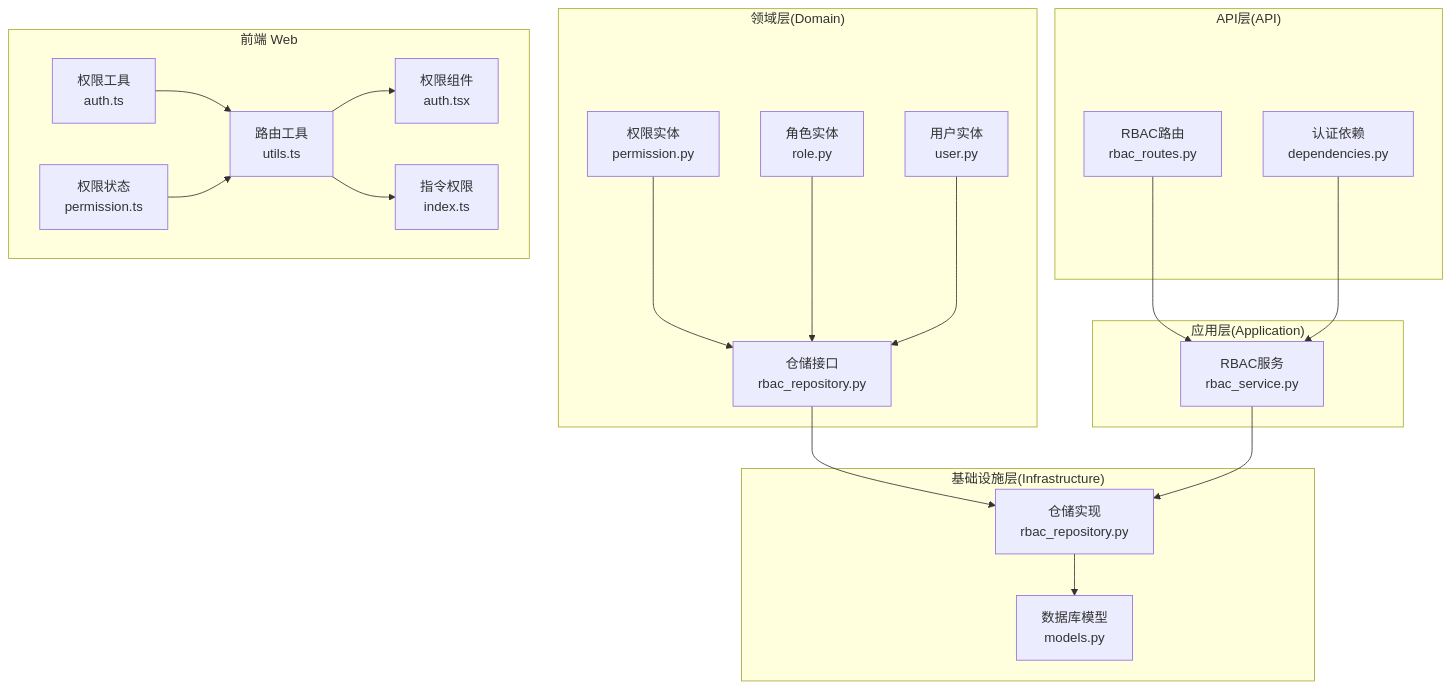
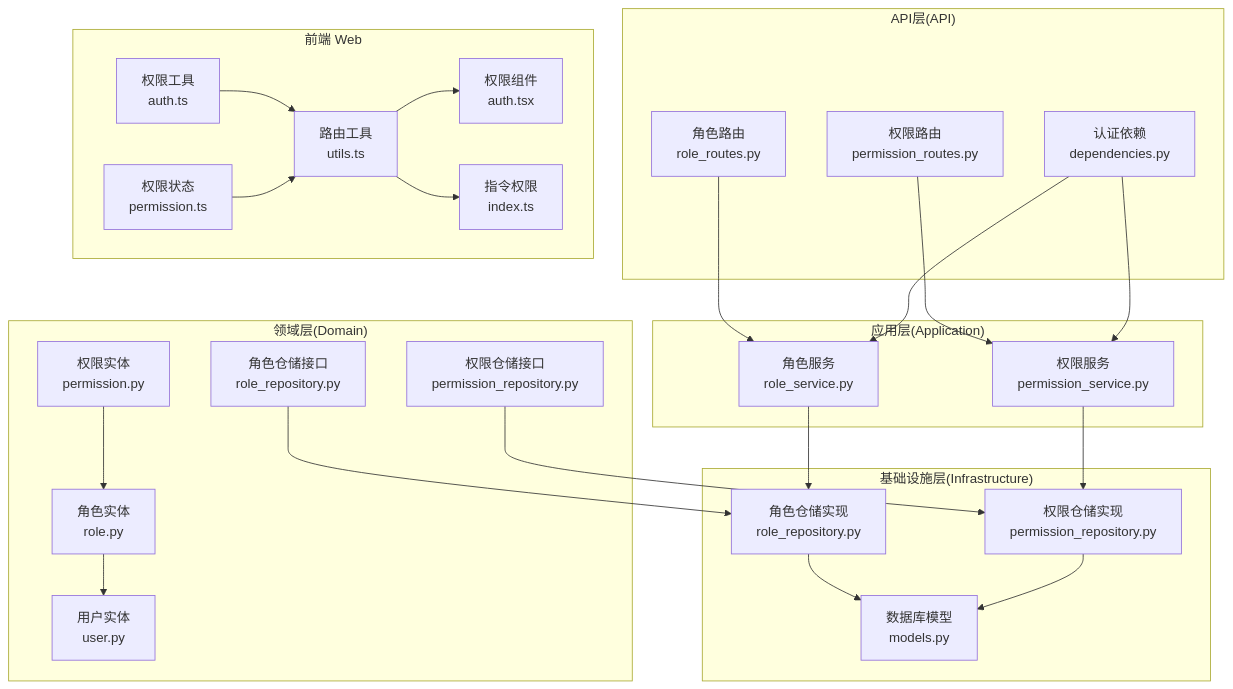
Before and after one commit to taoweidong/Hello-FastApi: the first of 8 diagrams in .qoder/repowiki/zh/content/RBAC 权限系统/RBAC 权限系统.md, drawn with Mermaid. The commit also changed other lines of this file and 9 other files, not shown here.

````diff
--- a/.qoder/repowiki/zh/content/RBAC 权限系统/RBAC 权限系统.md
+++ b/.qoder/repowiki/zh/content/RBAC 权限系统/RBAC 权限系统.md
@@ -55,39 +60,47 @@
 ```mermaid
 graph TB
 subgraph "领域层(Domain)"
-A["权限实体<br/>permission.py"]
-B["角色实体<br/>role.py"]
-C["用户实体<br/>user.py"]
-D["仓储接口<br/>rbac_repository.py"]
+A["角色仓储接口<br/>role_repository.py"]
+B["权限仓储接口<br/>permission_repository.py"]
+C["权限实体<br/>permission.py"]
+D["角色实体<br/>role.py"]
+E["用户实体<br/>user.py"]
 end
 subgraph "基础设施层(Infrastructure)"
-E["仓储实现<br/>rbac_repository.py"]
-F["数据库模型<br/>models.py"]
+F["角色仓储实现<br/>role_repository.py"]
+G["权限仓储实现<br/>permission_repository.py"]
+H["数据库模型<br/>models.py"]
 end
 subgraph "应用层(Application)"
-G["RBAC服务<br/>rbac_service.py"]
+I["角色服务<br/>role_service.py"]
+J["权限服务<br/>permission_service.py"]
 end
 subgraph "API层(API)"
-H["RBAC路由<br/>rbac_routes.py"]
-I["认证依赖<br/>dependencies.py"]
+K["角色路由<br/>role_routes.py"]
+L["权限路由<br/>permission_routes.py"]
+M["认证依赖<br/>dependencies.py"]
 end
 subgraph "前端 Web"
-J["路由工具<br/>utils.ts"]
-K["权限组件<br/>auth.tsx"]
-L["指令权限<br/>index.ts"]
-M["权限工具<br/>auth.ts"]
-N["权限状态<br/>permission.ts"]
+N["路由工具<br/>utils.ts"]
+O["权限组件<br/>auth.tsx"]
+P["指令权限<br/>index.ts"]
+Q["权限工具<br/>auth.ts"]
+R["权限状态<br/>permission.ts"]
 end
-A --> D
-B --> D
+A --> F
+B --> G
 C --> D
 D --> E
-E --> F
-G --> E
-H --> G
-I --> G
-J --> K
-J --> L
+F --> H
+G --> H
+I --> F
+J --> G
+K --> I
+L --> J
+M --> I
 M --> J
-N --> J
+N --> O
+N --> P
+Q --> N
+R --> N
 ```
````
